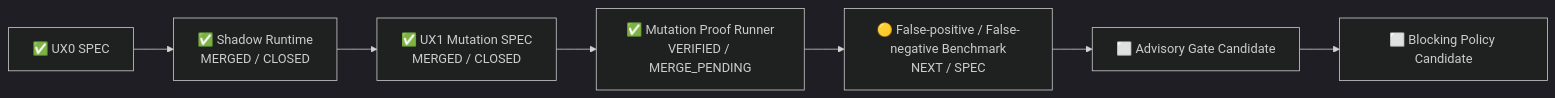
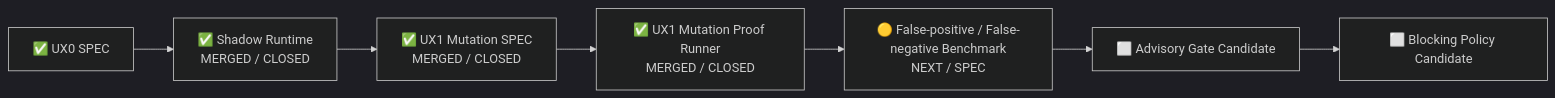
Before and after one commit to lsq1030757028/Pytest-playwright-e2e: the diagram in docs/ux-assurance-status.md, drawn with Mermaid (dark theme). The commit also changed other lines of this file and 5 other files, not shown here.

First line of the commit message:
Close UX1 TodoMVC Mutation Proof Runner delivery (#38)

````diff
--- a/docs/ux-assurance-status.md
+++ b/docs/ux-assurance-status.md
@@ -42,10 +45,10 @@
 ```mermaid
 flowchart LR
     A[✅ UX0 SPEC]
     --> B[✅ Shadow Runtime<br/>MERGED / CLOSED]
     --> C[✅ UX1 Mutation SPEC<br/>MERGED / CLOSED]
-    --> D[✅ Mutation Proof Runner<br/>VERIFIED / MERGE_PENDING]
+    --> D[✅ UX1 Mutation Proof Runner<br/>MERGED / CLOSED]
     --> E[🟡 False-positive / False-negative Benchmark<br/>NEXT / SPEC]
     --> F[⬜ Advisory Gate Candidate]
     --> G[⬜ Blocking Policy Candidate]
 ```
````
